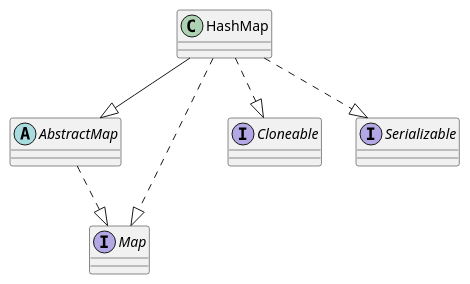
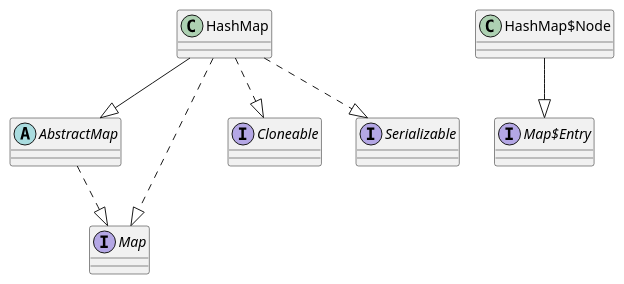
One commit to wr1ttenyu/f1nal changed the diagram in javase/src/main/java/wr1ttenyu/f1nal/study/designpattern/principle/singleresponsibility/source/HashMap.puml. Above: the diagram before and after it, drawn with PlantUML. The commit also changed 12 other files, not shown here.

Commit message:
command design pattern study and some HashMap study

```diff
--- a/javase/src/main/java/wr1ttenyu/f1nal/study/designpattern/principle/singleresponsibility/source/HashMap.puml
+++ b/javase/src/main/java/wr1ttenyu/f1nal/study/designpattern/principle/singleresponsibility/source/HashMap.puml
@@ -1,17 +1,20 @@
 @startuml
 
 abstract class AbstractMap
 interface Map
 interface Cloneable
 interface Serializable
 class HashMap
 
+interface Map$Entry
+class HashMap$Node
+
 HashMap --|> AbstractMap
 HashMap ..|> Map
 HashMap ..|> Cloneable
 HashMap ..|> Serializable
 AbstractMap ..|> Map
 
-
+HashMap$Node --|> Map$Entry
 
 @enduml
```
